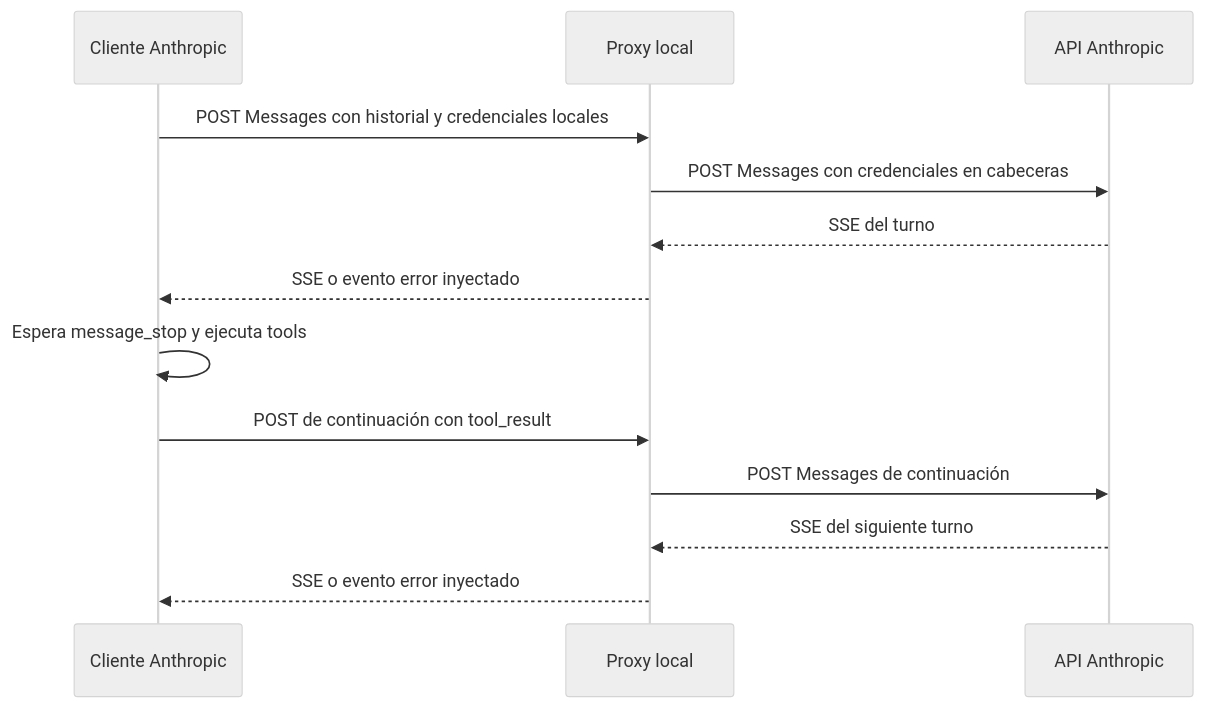
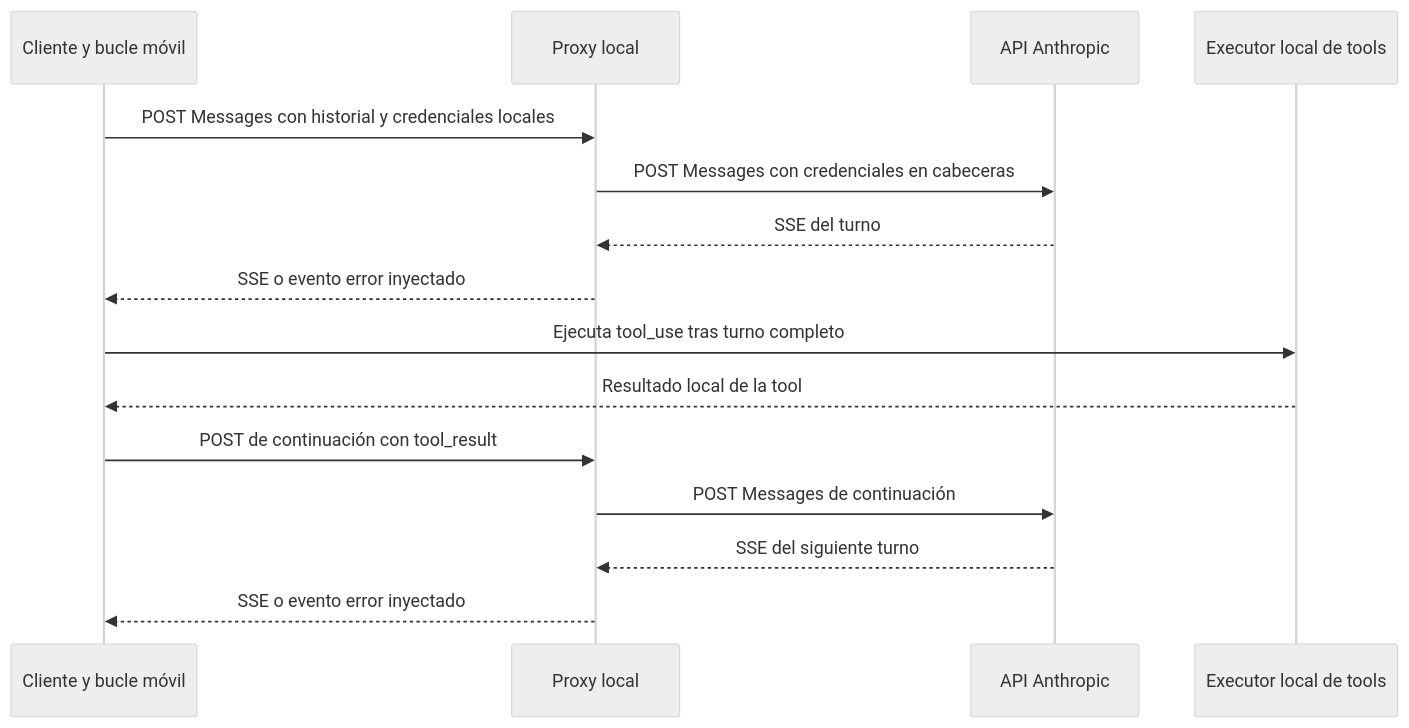
Before and after one commit to maximofn/gymnasia: the second of 2 diagrams in openwiki/services/anthropic-proxy.md, drawn with Mermaid (neutral theme). The commit also changed other lines of this file and 22 other files, not shown here.

````diff
--- a/openwiki/services/anthropic-proxy.md
+++ b/openwiki/services/anthropic-proxy.md
@@ -142,15 +144,17 @@
 ```mermaid
 sequenceDiagram
-    participant Client as Cliente Anthropic
+    participant Mobile as Cliente y bucle móvil
     participant Proxy as Proxy local
     participant API as API Anthropic
-    Client->>Proxy: POST Messages con historial y credenciales locales
+    participant Executor as Executor local de tools
+    Mobile->>Proxy: POST Messages con historial y credenciales locales
     Proxy->>API: POST Messages con credenciales en cabeceras
     API-->>Proxy: SSE del turno
-    Proxy-->>Client: SSE o evento error inyectado
-    Client->>Client: Espera message_stop y ejecuta tools
-    Client->>Proxy: POST de continuación con tool_result
+    Proxy-->>Mobile: SSE o evento error inyectado
+    Mobile->>Executor: Ejecuta tool_use tras turno completo
+    Executor-->>Mobile: Resultado local de la tool
+    Mobile->>Proxy: POST de continuación con tool_result
     Proxy->>API: POST Messages de continuación
     API-->>Proxy: SSE del siguiente turno
-    Proxy-->>Client: SSE o evento error inyectado
+    Proxy-->>Mobile: SSE o evento error inyectado
 ```
````
